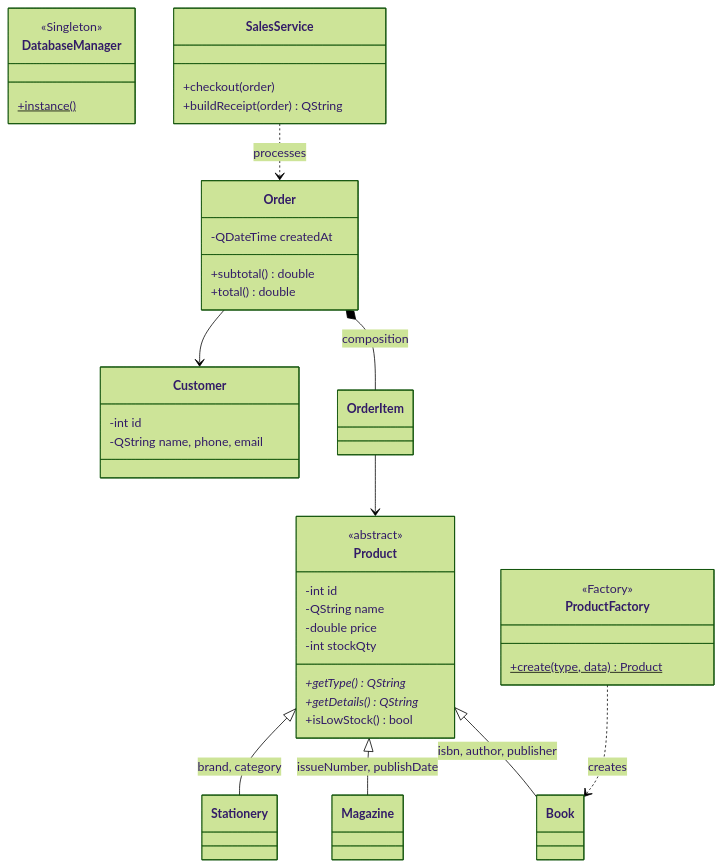
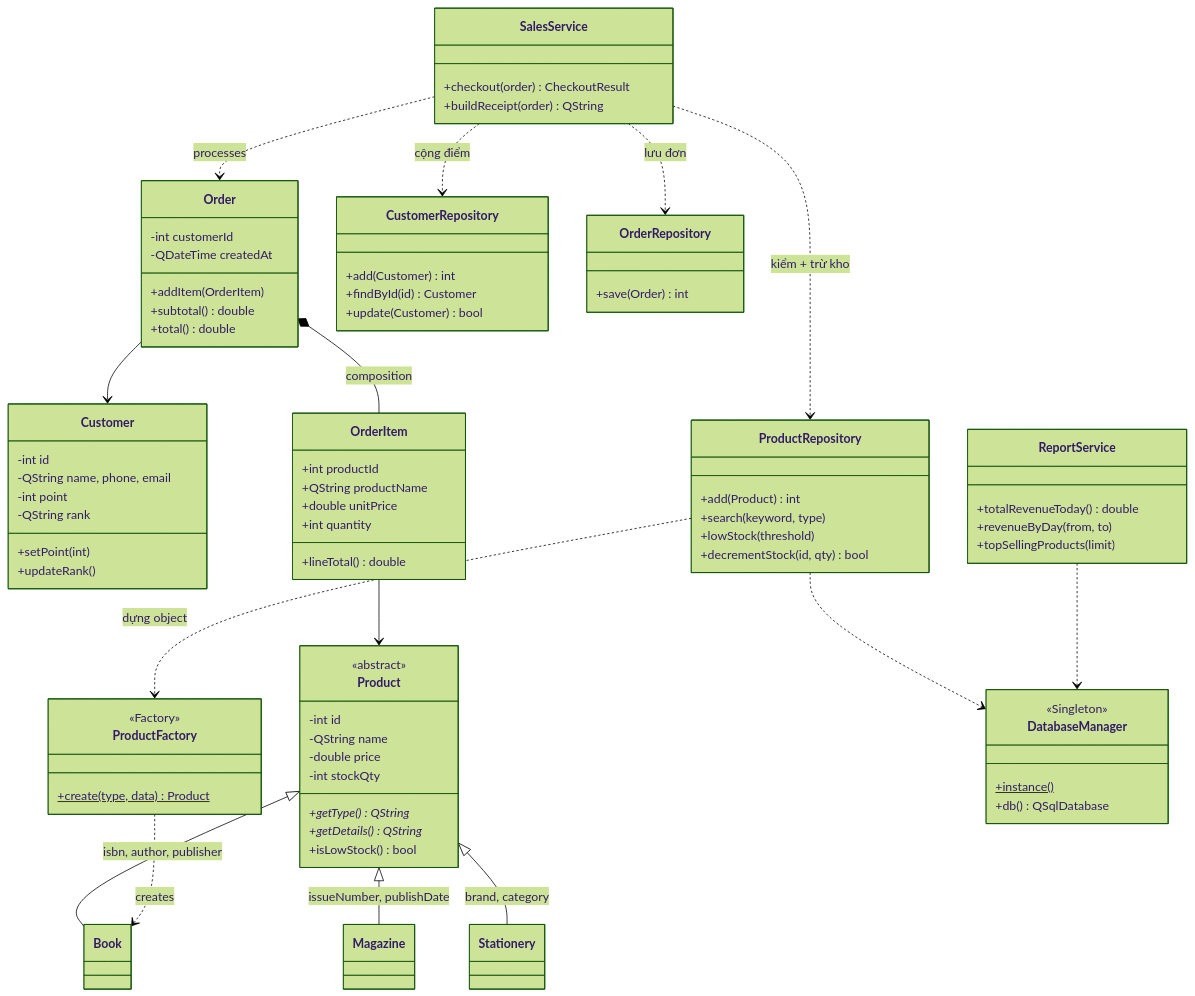
One commit to nguyenphucloc229/Bookstore-Management-System changed the diagram in KE_HOACH.md. Above: the diagram before and after it, drawn with Mermaid (forest theme). The commit also changed other lines of this file and 1 other file, not shown here.

Commit message:
[docs] Cap nhat UML va tai lieu cho khop code hien tai

````diff
--- a/KE_HOACH.md
+++ b/KE_HOACH.md
@@ -201,12 +202,25 @@
     class Customer {
         -int id
         -QString name, phone, email
+        -int point
+        -QString rank
+        +setPoint(int)
+        +updateRank()
     }
 
     class Order {
+        -int customerId
         -QDateTime createdAt
+        +addItem(OrderItem)
         +subtotal() double
         +total() double
+    }
+    class OrderItem {
+        +int productId
+        +QString productName
+        +double unitPrice
+        +int quantity
+        +lineTotal() double
     }
     Order *-- OrderItem : composition
     Order --> Customer
@@ -219,11 +233,37 @@
     class DatabaseManager {
         <<Singleton>>
         +instance()$
+        +db() QSqlDatabase
+    }
+    class ProductRepository {
+        +add(Product) int
+        +search(keyword, type)
+        +lowStock(threshold)
+        +decrementStock(id, qty) bool
+    }
+    class CustomerRepository {
+        +add(Customer) int
+        +findById(id) Customer
+        +update(Customer) bool
+    }
+    class OrderRepository {
+        +save(Order) int
     }
     class SalesService {
-        +checkout(order)
+        +checkout(order) CheckoutResult
         +buildReceipt(order) QString
+    }
+    class ReportService {
+        +totalRevenueToday() double
+        +revenueByDay(from, to)
+        +topSellingProducts(limit)
     }
     ProductFactory ..> Book : creates
     SalesService ..> Order : processes
+    SalesService ..> ProductRepository : kiểm + trừ kho
+    SalesService ..> CustomerRepository : cộng điểm
+    SalesService ..> OrderRepository : lưu đơn
+    ProductRepository ..> ProductFactory : dựng object
+    ProductRepository ..> DatabaseManager
+    ReportService ..> DatabaseManager
 ```
````
